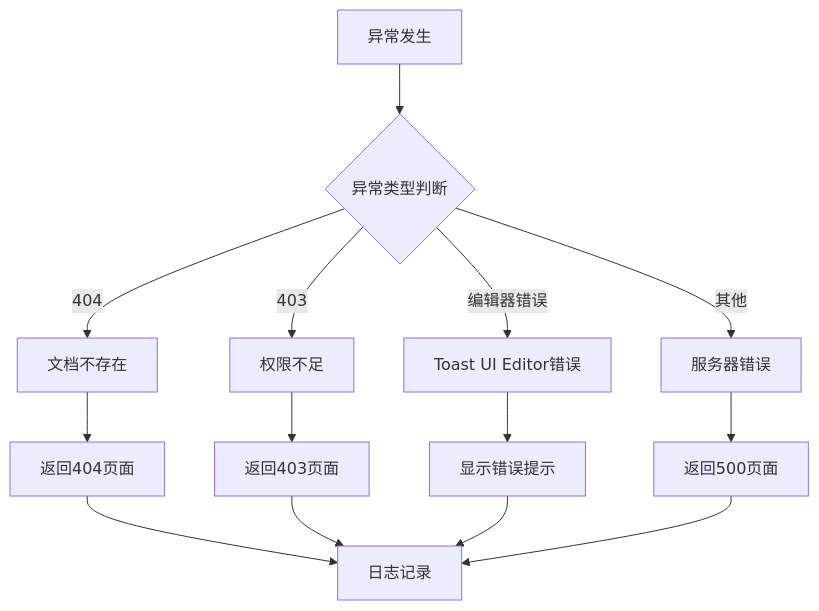
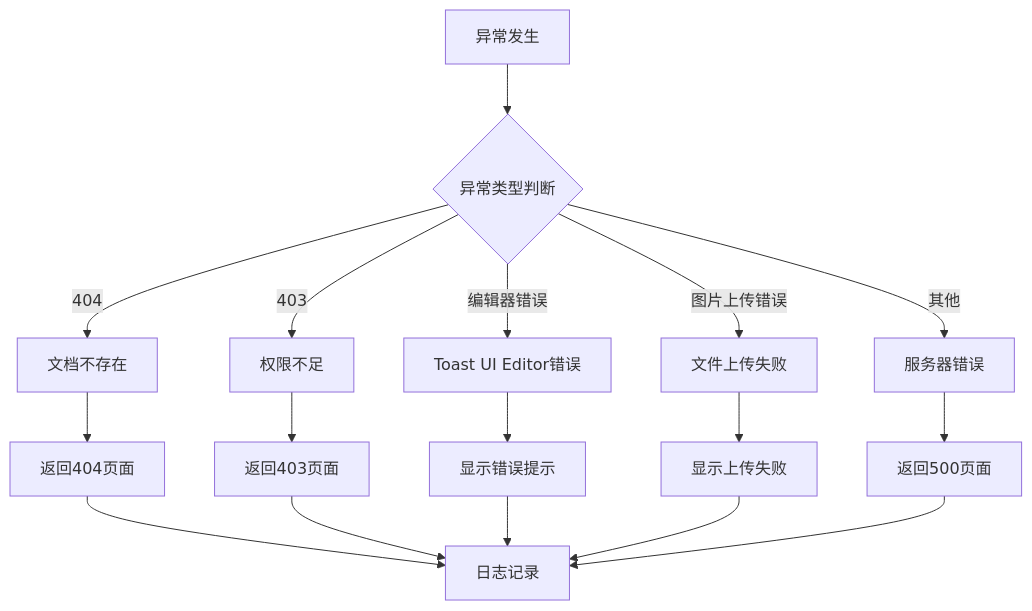
Before and after one commit to beyondalbert/my_wiki: diagram 17 of 17 in .qoder/repowiki/zh/content/架构设计/蓝图系统设计/文档蓝图 (Document Blueprint).md, drawn with Mermaid. The commit also changed other lines of this file and 6 other files, not shown here.

````diff
--- a/.qoder/repowiki/zh/content/架构设计/蓝图系统设计/文档蓝图 (Document Blueprint).md
+++ b/.qoder/repowiki/zh/content/架构设计/蓝图系统设计/文档蓝图 (Document Blueprint).md
@@ -660,16 +773,19 @@
 ```mermaid
 flowchart TD
 A[异常发生] --> B{异常类型判断}
 B --> |404| C[文档不存在]
 B --> |403| D[权限不足]
 B --> |编辑器错误| E[Toast UI Editor错误]
-B --> |其他| F[服务器错误]
-C --> G[返回404页面]
-D --> H[返回403页面]
-E --> I[显示错误提示]
-F --> J[返回500页面]
-G --> K[日志记录]
-H --> K
-I --> K
-J --> K
+B --> |图片上传错误| F[文件上传失败]
+B --> |其他| G[服务器错误]
+C --> H[返回404页面]
+D --> I[返回403页面]
+E --> J[显示错误提示]
+F --> K[显示上传失败]
+G --> L[返回500页面]
+H --> M[日志记录]
+I --> M
+J --> M
+K --> M
+L --> M
 ```
````
